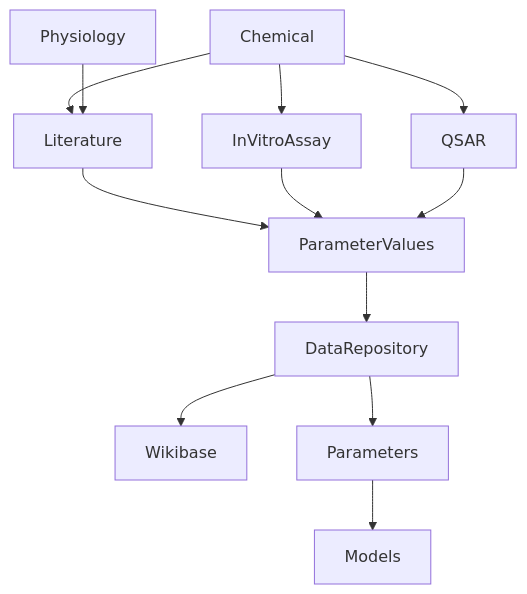
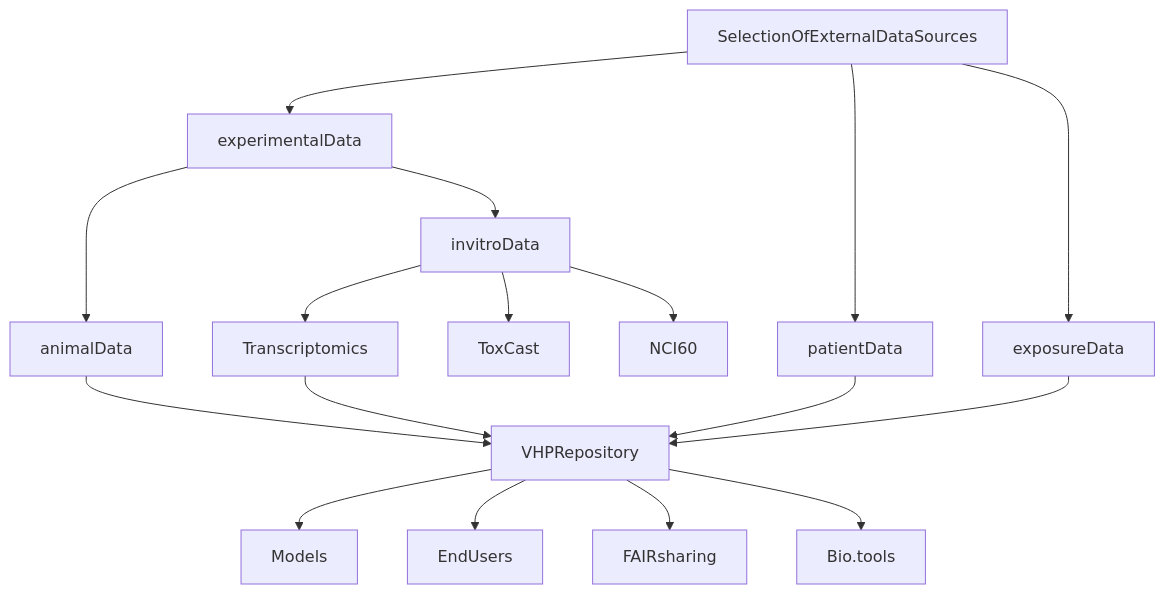
One commit to ontox-hu/workflows changed the diagram in dataCollection.md. Above: the diagram before and after it, drawn with Mermaid.

````diff
--- a/dataCollection.md
+++ b/dataCollection.md
@@ -1,14 +1,19 @@
 ```mermaid
 graph TD
-  Chemical-->InVitroAssay
-  Chemical-->QSAR
-  Literature-->ParameterValues
-  InVitroAssay-->ParameterValues
-  Chemical-->Literature
-  QSAR-->ParameterValues
-  ParameterValues-->DataRepository
-  Physiology-->Literature
-  DataRepository-->Wikibase
-  DataRepository-->Parameters
-  Parameters-->Models
+  SelectionOfExternalDataSources-->experimentalData
+  invitroData-->Transcriptomics
+  invitroData-->ToxCast
+  invitroData-->NCI60
+  SelectionOfExternalDataSources-->patientData
+  SelectionOfExternalDataSources-->exposureData
+  experimentalData-->animalData
+  experimentalData-->invitroData
+  animalData-->VHPRepository
+  patientData-->VHPRepository
+  Transcriptomics-->VHPRepository
+  exposureData-->VHPRepository
+  VHPRepository-->Models
+  VHPRepository-->EndUsers
+  VHPRepository-->FAIRsharing
+  VHPRepository-->Bio.tools
 ```
````
